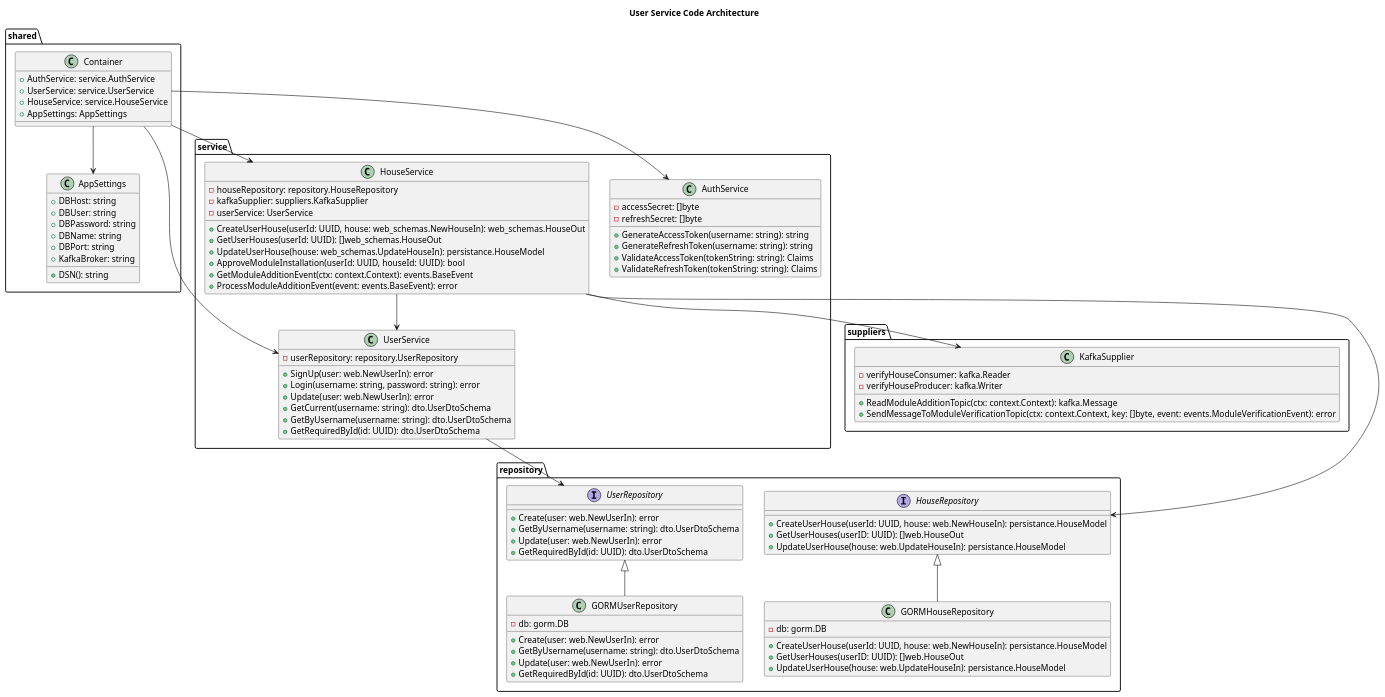
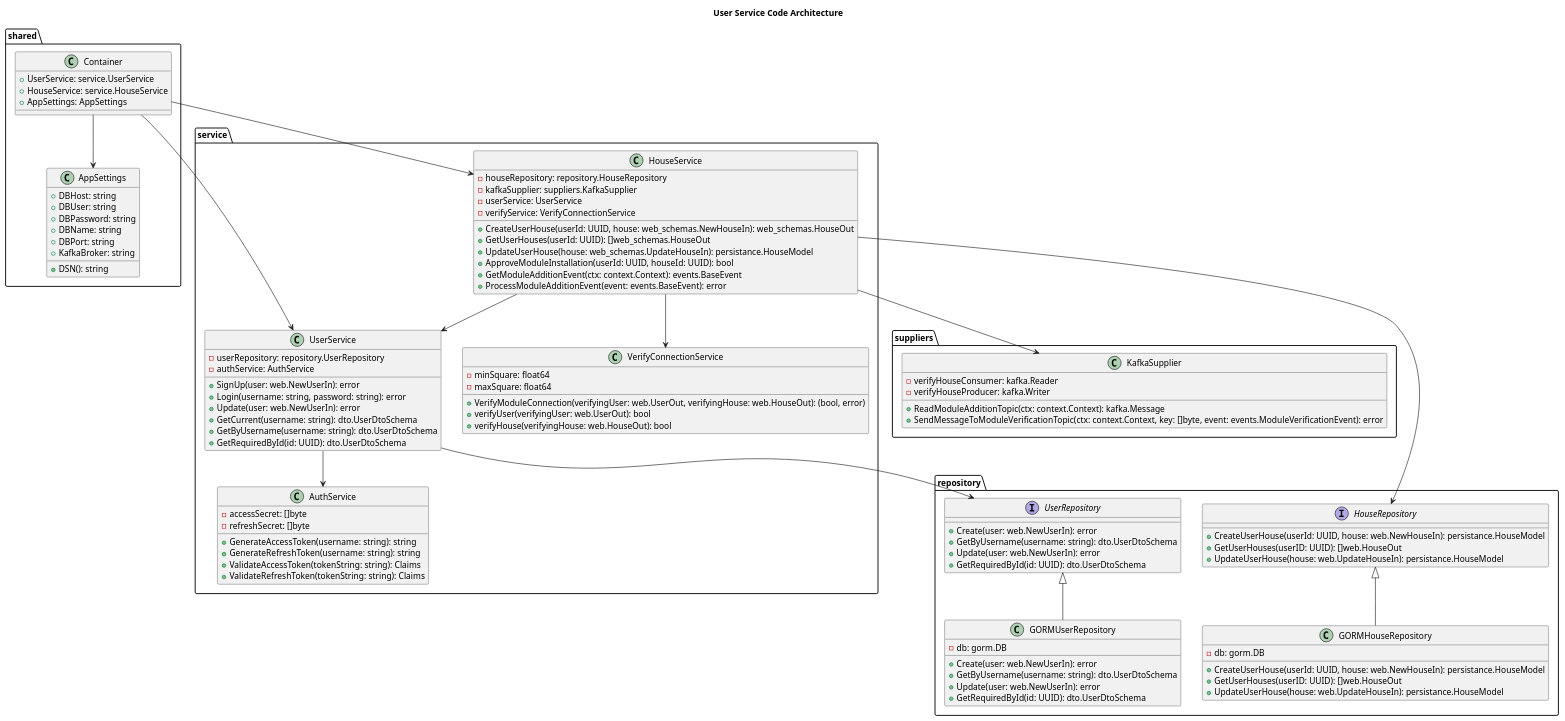
The diagram in user-service/Code_CleverVillageSystem_UserService.puml (baydinvladislav/architecture-sprint-3), drawn with PlantUML before and after one commit.

Commit message:
auth service decomposed to user service upd code diagram

```diff
--- a/user-service/Code_CleverVillageSystem_UserService.puml
+++ b/user-service/Code_CleverVillageSystem_UserService.puml
@@ -1,112 +1,122 @@
 @startuml
 title User Service Code Architecture
 
 package "suppliers" {
     class KafkaSupplier {
         - verifyHouseConsumer: kafka.Reader
         - verifyHouseProducer: kafka.Writer
         + ReadModuleAdditionTopic(ctx: context.Context): kafka.Message
         + SendMessageToModuleVerificationTopic(ctx: context.Context, key: []byte, event: events.ModuleVerificationEvent): error
     }
 }
 
 package "shared" {
     class Container {
-        + AuthService: service.AuthService
         + UserService: service.UserService
         + HouseService: service.HouseService
         + AppSettings: AppSettings
     }
 }
 
 package "service" {
     class AuthService {
         - accessSecret: []byte
         - refreshSecret: []byte
         + GenerateAccessToken(username: string): string
         + GenerateRefreshToken(username: string): string
         + ValidateAccessToken(tokenString: string): Claims
         + ValidateRefreshToken(tokenString: string): Claims
     }
 
     class HouseService {
         - houseRepository: repository.HouseRepository
         - kafkaSupplier: suppliers.KafkaSupplier
         - userService: UserService
+        - verifyService: VerifyConnectionService
         + CreateUserHouse(userId: UUID, house: web_schemas.NewHouseIn): web_schemas.HouseOut
         + GetUserHouses(userId: UUID): []web_schemas.HouseOut
         + UpdateUserHouse(house: web_schemas.UpdateHouseIn): persistance.HouseModel
         + ApproveModuleInstallation(userId: UUID, houseId: UUID): bool
         + GetModuleAdditionEvent(ctx: context.Context): events.BaseEvent
         + ProcessModuleAdditionEvent(event: events.BaseEvent): error
     }
 
     class UserService {
         - userRepository: repository.UserRepository
+        - authService: AuthService
         + SignUp(user: web.NewUserIn): error
         + Login(username: string, password: string): error
         + Update(user: web.NewUserIn): error
         + GetCurrent(username: string): dto.UserDtoSchema
         + GetByUsername(username: string): dto.UserDtoSchema
         + GetRequiredById(id: UUID): dto.UserDtoSchema
+    }
+
+    class VerifyConnectionService {
+        - minSquare: float64
+        - maxSquare: float64
+        + VerifyModuleConnection(verifyingUser: web.UserOut, verifyingHouse: web.HouseOut): (bool, error)
+        + verifyUser(verifyingUser: web.UserOut): bool
+        + verifyHouse(verifyingHouse: web.HouseOut): bool
     }
 }
 
 package "repository" {
     interface HouseRepository {
         + CreateUserHouse(userId: UUID, house: web.NewHouseIn): persistance.HouseModel
         + GetUserHouses(userID: UUID): []web.HouseOut
         + UpdateUserHouse(house: web.UpdateHouseIn): persistance.HouseModel
     }
 
     class GORMHouseRepository {
         - db: gorm.DB
         + CreateUserHouse(userId: UUID, house: web.NewHouseIn): persistance.HouseModel
         + GetUserHouses(userID: UUID): []web.HouseOut
         + UpdateUserHouse(house: web.UpdateHouseIn): persistance.HouseModel
     }
 
     HouseRepository <|-- GORMHouseRepository
 
     interface UserRepository {
         + Create(user: web.NewUserIn): error
         + GetByUsername(username: string): dto.UserDtoSchema
         + Update(user: web.NewUserIn): error
         + GetRequiredById(id: UUID): dto.UserDtoSchema
     }
 
     class GORMUserRepository {
         - db: gorm.DB
         + Create(user: web.NewUserIn): error
         + GetByUsername(username: string): dto.UserDtoSchema
         + Update(user: web.NewUserIn): error
         + GetRequiredById(id: UUID): dto.UserDtoSchema
     }
 
     UserRepository <|-- GORMUserRepository
 }
 
 package "shared" {
     class AppSettings {
         + DBHost: string
         + DBUser: string
         + DBPassword: string
         + DBName: string
         + DBPort: string
         + KafkaBroker: string
         + DSN(): string
     }
 }
 
-Container --> AuthService
 Container --> UserService
 Container --> HouseService
 Container --> AppSettings
 
 HouseService --> HouseRepository
 HouseService --> suppliers.KafkaSupplier
 HouseService --> UserService
+HouseService --> VerifyConnectionService
 
 UserService --> UserRepository
+UserService --> AuthService
 
 @enduml
```
